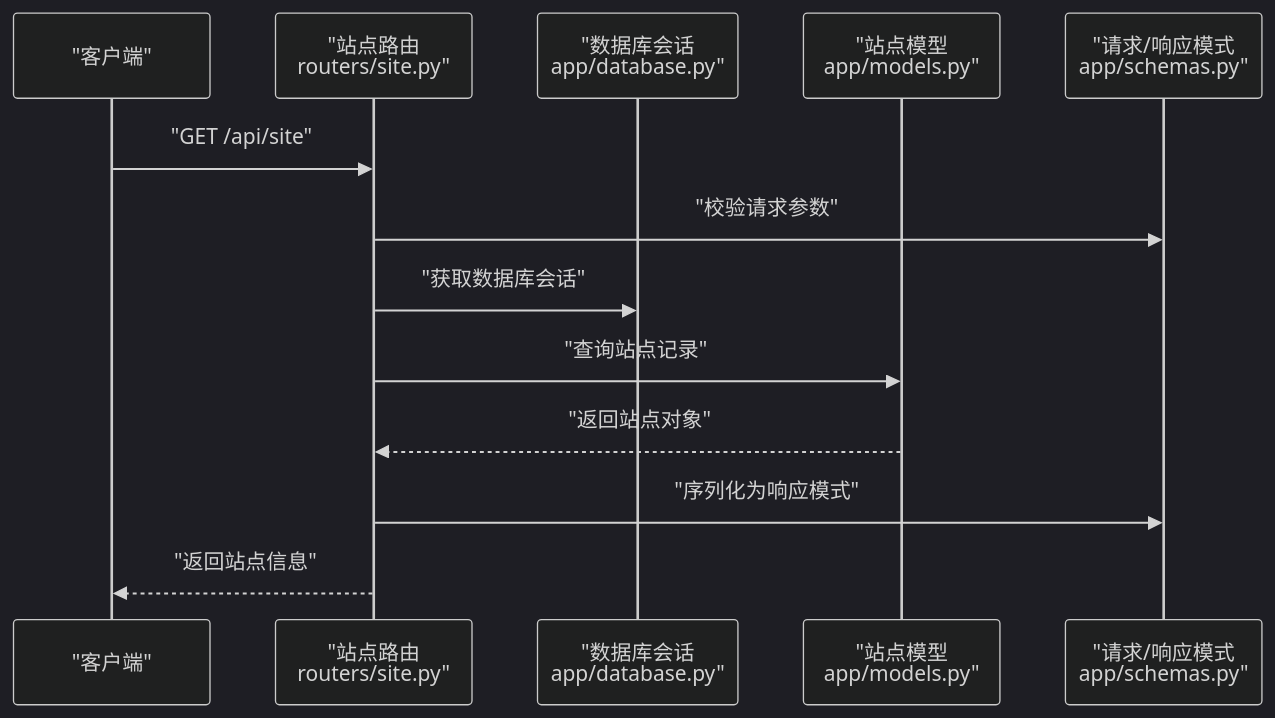
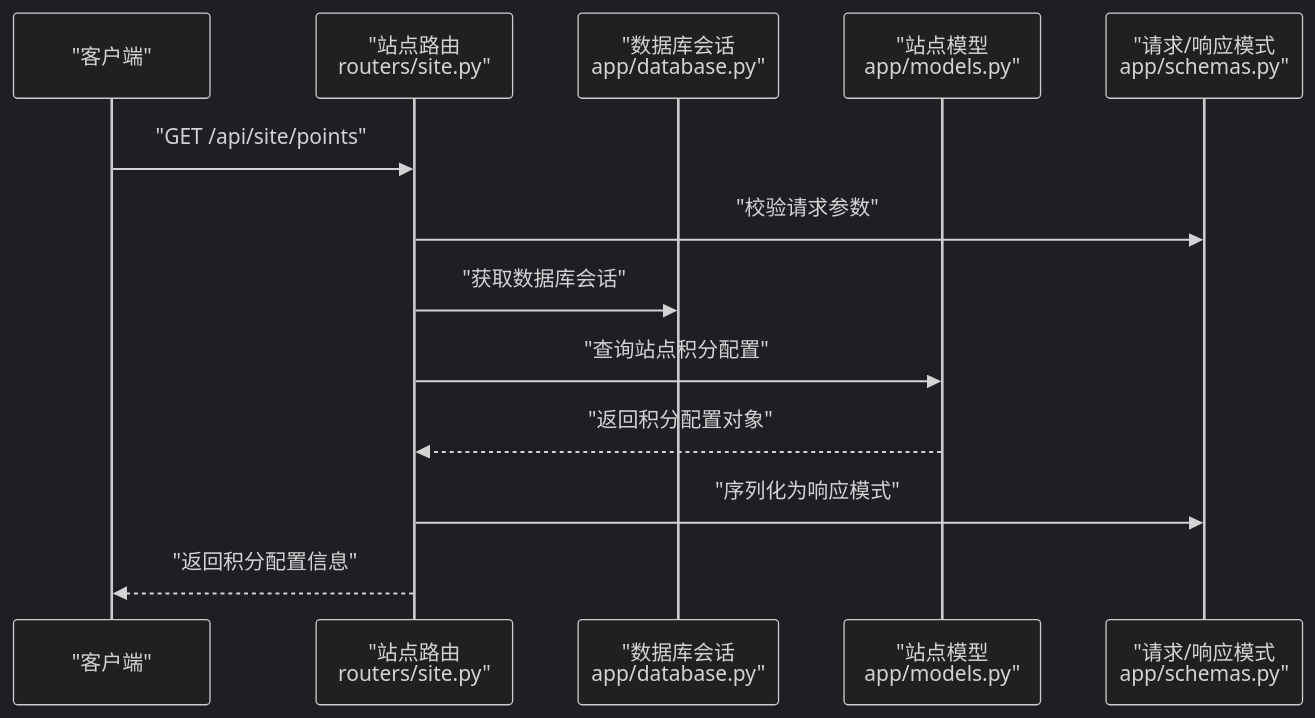
One commit to onebody/homework changed the second of 4 diagrams in .qoder/repowiki/zh/content/暑假作业打卡系统/后端服务架构/路由层设计/站点管理API.md. Above: the diagram before and after it, drawn with Mermaid (dark theme). The commit also changed other lines of this file and 16 other files, not shown here.

````diff
--- a/.qoder/repowiki/zh/content/暑假作业打卡系统/后端服务架构/路由层设计/站点管理API.md
+++ b/.qoder/repowiki/zh/content/暑假作业打卡系统/后端服务架构/路由层设计/站点管理API.md
@@ -77,15 +79,15 @@
 ```mermaid
 sequenceDiagram
 participant Client as "客户端"
 participant Router as "站点路由<br/>routers/site.py"
 participant DB as "数据库会话<br/>app/database.py"
 participant Model as "站点模型<br/>app/models.py"
 participant Schema as "请求/响应模式<br/>app/schemas.py"
-Client->>Router : "GET /api/site"
+Client->>Router : "GET /api/site/points"
 Router->>Schema : "校验请求参数"
 Router->>DB : "获取数据库会话"
-Router->>Model : "查询站点记录"
-Model-->>Router : "返回站点对象"
+Router->>Model : "查询站点积分配置"
+Model-->>Router : "返回积分配置对象"
 Router->>Schema : "序列化为响应模式"
-Router-->>Client : "返回站点信息"
+Router-->>Client : "返回积分配置信息"
 ```
````
